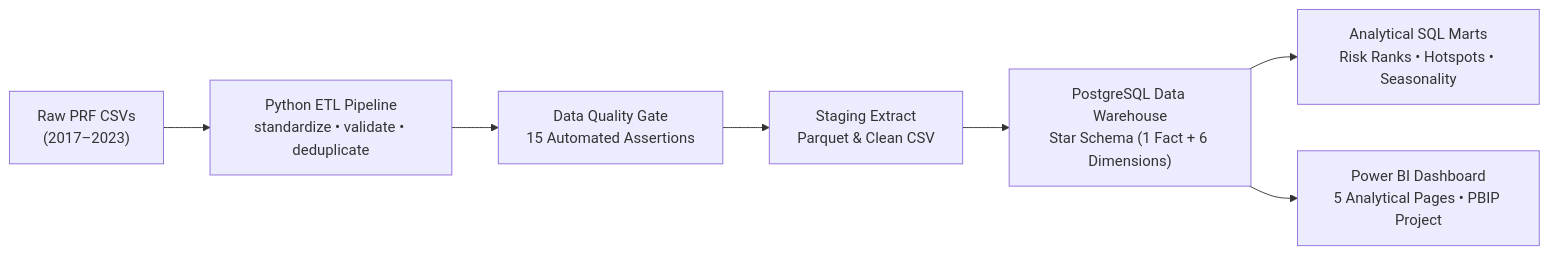
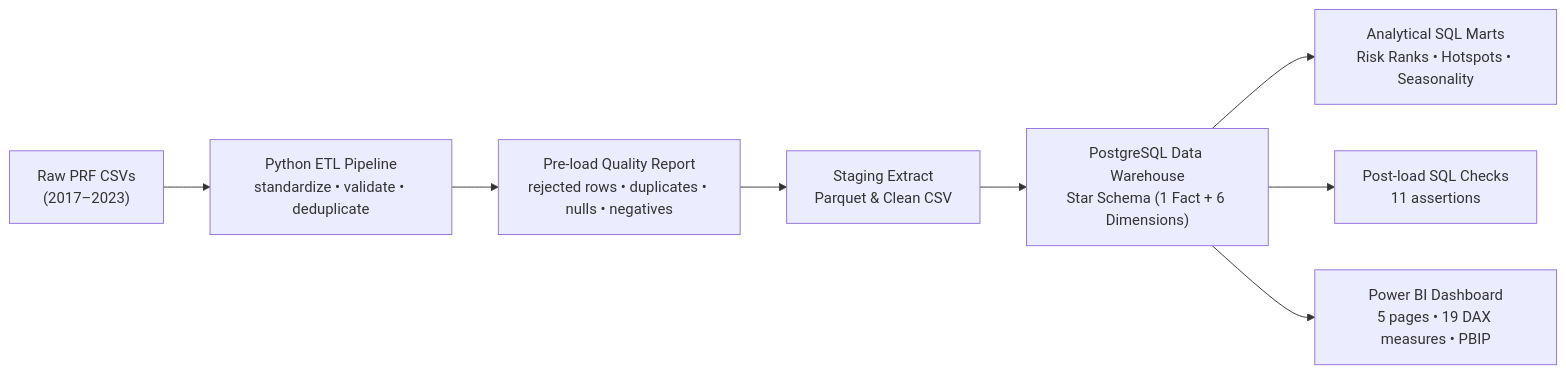
Before and after one commit to TrungPham233/Brazilian-Road-Traffic-Accidents-Data-Warehouse: the diagram in README.md, drawn with Mermaid. The commit also changed other lines of this file and 1 other file, not shown here.

First line of the commit message:
docs: align quality-check counts and project history with the code

````diff
--- a/README.md
+++ b/README.md
@@ -28,9 +30,10 @@
 ```mermaid
 flowchart LR
     A["Raw PRF CSVs\n(2017–2023)"] --> B["Python ETL Pipeline\nstandardize • validate • deduplicate"]
-    B --> C["Data Quality Gate\n15 Automated Assertions"]
+    B --> C["Pre-load Quality Report\nrejected rows • duplicates • nulls • negatives"]
     C --> D["Staging Extract\nParquet & Clean CSV"]
     D --> E["PostgreSQL Data Warehouse\nStar Schema (1 Fact + 6 Dimensions)"]
     E --> F["Analytical SQL Marts\nRisk Ranks • Hotspots • Seasonality"]
-    E --> G["Power BI Dashboard\n5 Analytical Pages • PBIP Project"]
+    E --> H["Post-load SQL Checks\n11 assertions"]
+    E --> G["Power BI Dashboard\n5 pages • 19 DAX measures • PBIP"]
 ```
````
